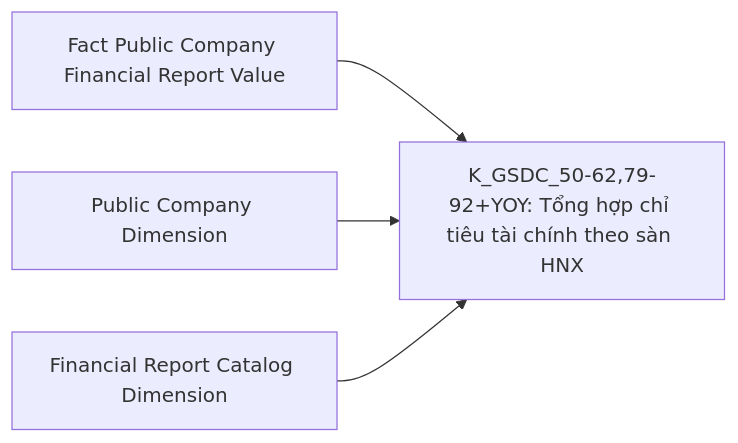
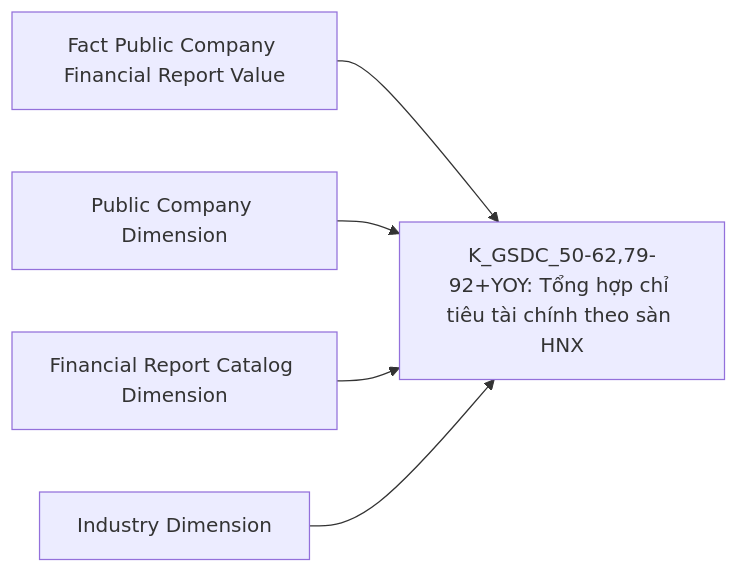
Before and after one commit to linhlvit/ubck_atomic_design: diagram 31 of 56 in Datamart/hld/DTM_GSDC_HLD.md, drawn with Mermaid. The commit also changed other lines of this file and 10 other files, not shown here.

````diff
--- a/Datamart/hld/DTM_GSDC_HLD.md
+++ b/Datamart/hld/DTM_GSDC_HLD.md
@@ -1360,6 +1399,7 @@
 ```mermaid
 flowchart LR
     fct_pc_fr_val_g11["Fact Public Company Financial Report Value"] --> R11["K_GSDC_50-62,79-92+YOY: Tổng hợp chỉ tiêu tài chính theo sàn HNX"]
     public_company_dim_g11["Public Company Dimension"] --> R11
     financial_rpt_catalog_dim_g11["Financial Report Catalog Dimension"] --> R11
+    industry_dim_g11["Industry Dimension"] --> R11
 ```
````
